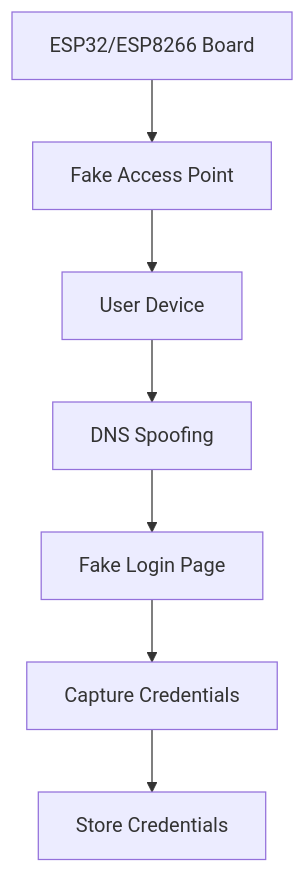
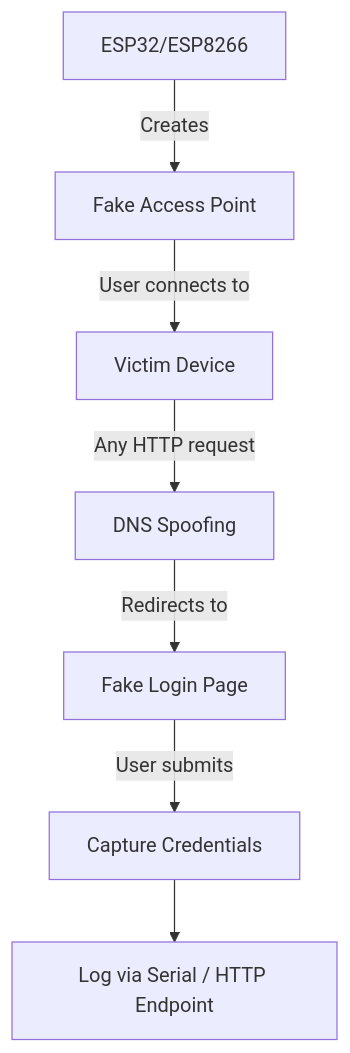
One commit to Thamidu-Nadun/dns_spoof_for_wifi_attack changed the diagram in README.md. Above: the diagram before and after it, drawn with Mermaid. The commit also changed other lines of this file and 1 other file, not shown here.

````diff
--- a/README.md
+++ b/README.md
@@ -35,10 +82,9 @@
 ```mermaid
 graph TD
-    A[ESP32/ESP8266 Board] --> B[Fake Access Point]
-    B --> C[User Device]
-    C --> D[DNS Spoofing]
-    D --> E[Fake Login Page]
-    E --> F[Capture Credentials]
-    F --> G[Store Credentials]
-
+    A[ESP32/ESP8266] -->|Creates| B[Fake Access Point]
+    B -->|User connects to| C[Victim Device]
+    C -->|Any HTTP request| D[DNS Spoofing]
+    D -->|Redirects to| E[Fake Login Page]
+    E -->|User submits| F[Capture Credentials]
+    F --> G[Log via Serial / HTTP Endpoint]
 ```
````
